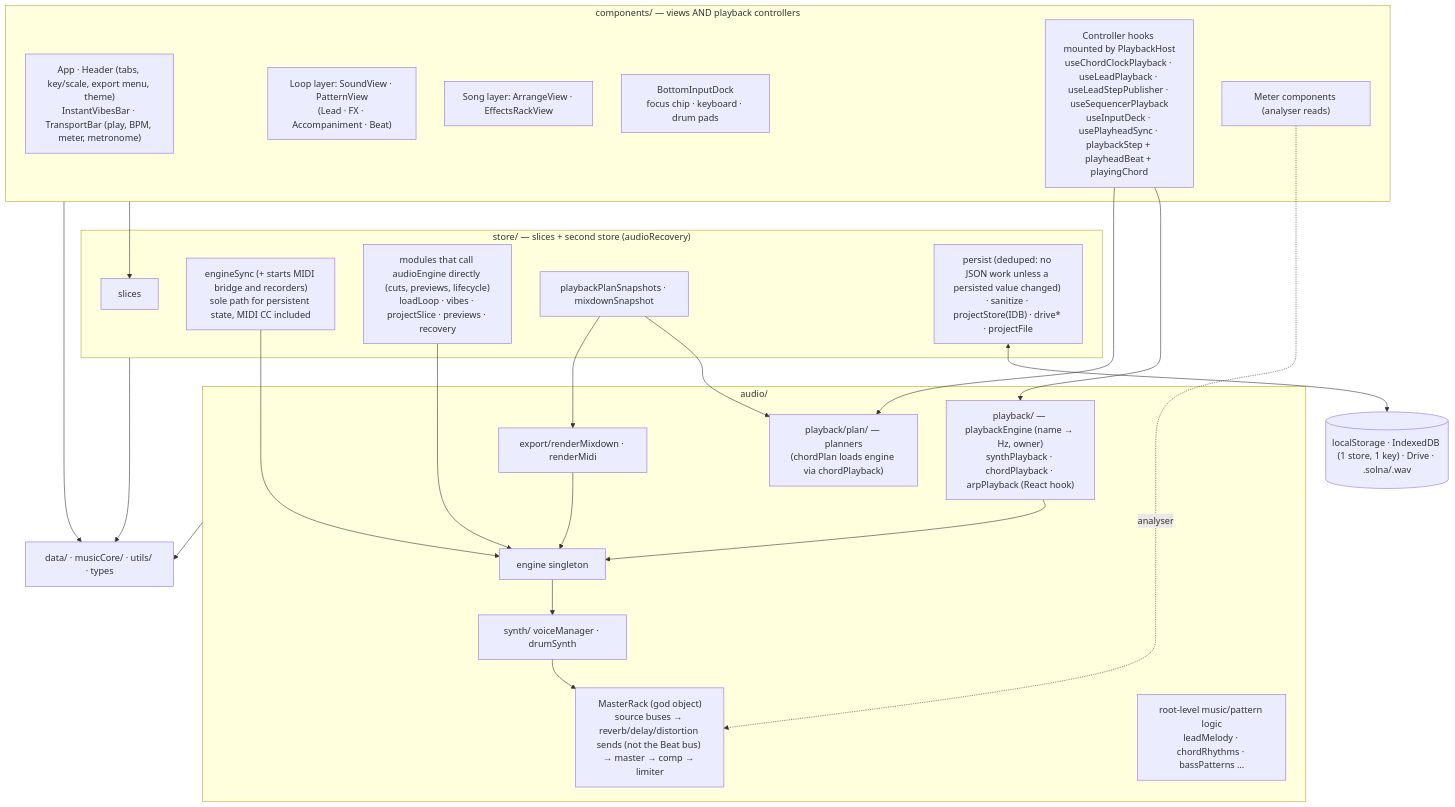
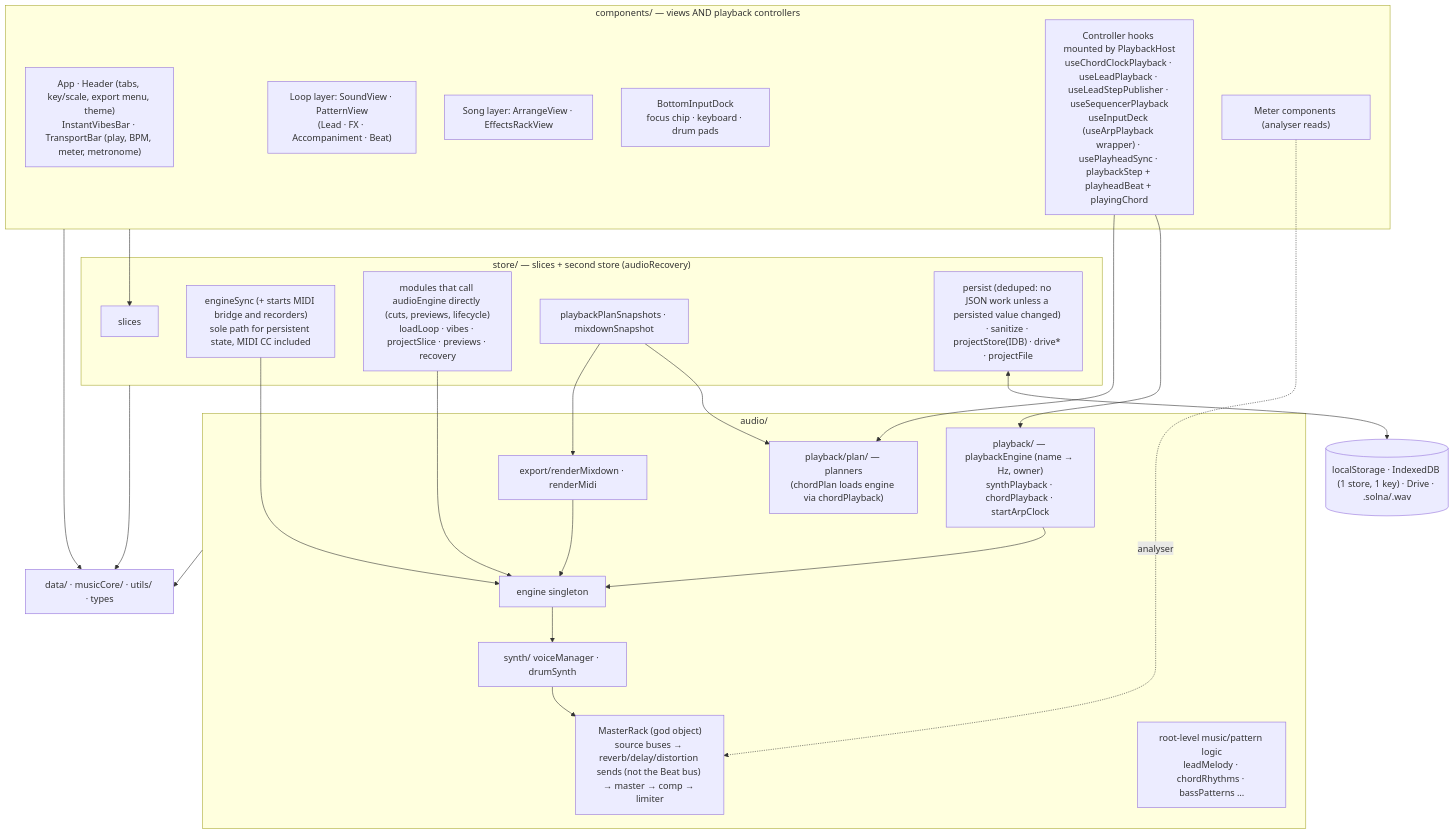
One commit to themiddnight/solna changed the diagram in docs/architecture/structure/README.md. Above: the diagram before and after it, drawn with Mermaid. The commit also changed 2 other files, not shown here.

Commit message:
docs: final review fixes for PlaybackHost (DEV-422)
Move the PlaybackHost rules block back under its own heading instead
of splitting "Engine and controllers" in the middle, reword R039 for
the arp's startArpClock path, fix the stale arpPlayback label in the
structure diagram, and restore a blank line before a docblock.

````diff
--- a/docs/architecture/structure/README.md
+++ b/docs/architecture/structure/README.md
@@ -30,46 +30,46 @@
 ```mermaid
 flowchart TB
   subgraph Views["components/ — views AND playback controllers"]
     Shell["App · Header (tabs, key/scale, export menu, theme)<br/>InstantVibesBar · TransportBar (play, BPM, meter, metronome)"]
     LoopViews["Loop layer: SoundView · PatternView<br/>(Lead · FX · Accompaniment · Beat)"]
     SongViews["Song layer: ArrangeView · EffectsRackView"]
     Dock["BottomInputDock<br/>focus chip · keyboard · drum pads"]
-    Ctrls["Controller hooks mounted by PlaybackHost<br/>useChordClockPlayback · useLeadPlayback · useLeadStepPublisher · useSequencerPlayback<br/>useInputDeck · usePlayheadSync · playbackStep + playheadBeat + playingChord"]
+    Ctrls["Controller hooks mounted by PlaybackHost<br/>useChordClockPlayback · useLeadPlayback · useLeadStepPublisher · useSequencerPlayback<br/>useInputDeck (useArpPlayback wrapper) · usePlayheadSync · playbackStep + playheadBeat + playingChord"]
     Meters["Meter components (analyser reads)"]
   end
 
   subgraph Store["store/ — slices + second store (audioRecovery)"]
     Slices["slices"]
     EngineSync["engineSync (+ starts MIDI bridge and recorders)<br/>sole path for persistent state, MIDI CC included"]
     Direct["modules that call audioEngine directly (cuts, previews, lifecycle)<br/>loadLoop · vibes · projectSlice · previews · recovery"]
     Snap["playbackPlanSnapshots · mixdownSnapshot"]
     PersistIO["persist (deduped: no JSON work unless a persisted value changed) · sanitize · projectStore(IDB) · drive* · projectFile"]
   end
 
   subgraph Audio["audio/"]
-    PB["playback/ — playbackEngine (name → Hz, owner)<br/>synthPlayback · chordPlayback · arpPlayback (React hook)"]
+    PB["playback/ — playbackEngine (name → Hz, owner)<br/>synthPlayback · chordPlayback · startArpClock"]
     Plan["playback/plan/ — planners<br/>(chordPlan loads engine via chordPlayback)"]
     Eng["engine singleton"]
     Rack["MasterRack (god object)<br/>source buses → reverb/delay/distortion sends (not the Beat bus) → master → comp → limiter"]
     Voices["synth/ voiceManager · drumSynth"]
     Logic["root-level music/pattern logic<br/>leadMelody · chordRhythms · bassPatterns …"]
     Exp["export/renderMixdown · renderMidi"]
   end
 
   Domain["data/ · musicCore/ · utils/ · types"]
   Storage[("localStorage · IndexedDB (1 store, 1 key) · Drive · .solna/.wav")]
 
   Views --> Slices
   Ctrls --> PB --> Eng
   Ctrls --> Plan
   Snap --> Plan
   Meters -. analyser .-> Rack
   EngineSync --> Eng
   Direct --> Eng
   Eng --> Voices --> Rack
   Snap --> Exp --> Eng
   PersistIO <--> Storage
   Store --> Domain
   Audio --> Domain
   Views --> Domain
 ```
````
